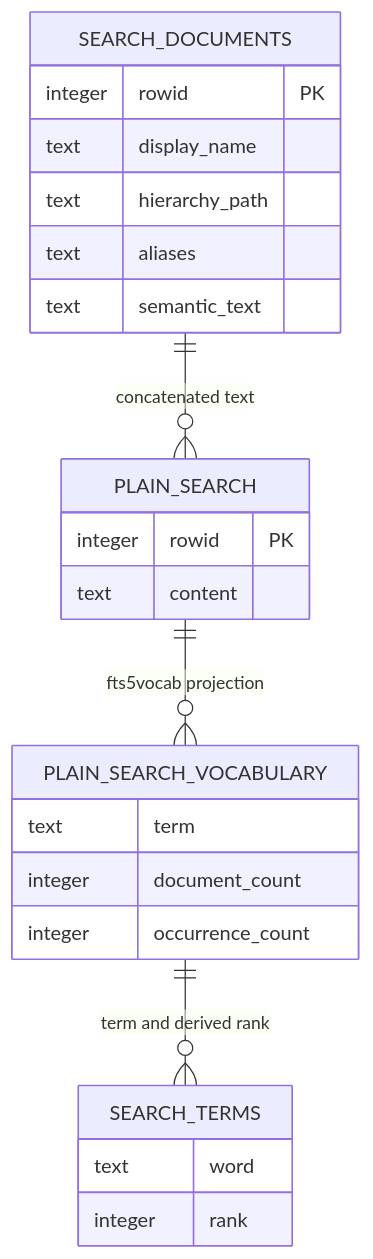
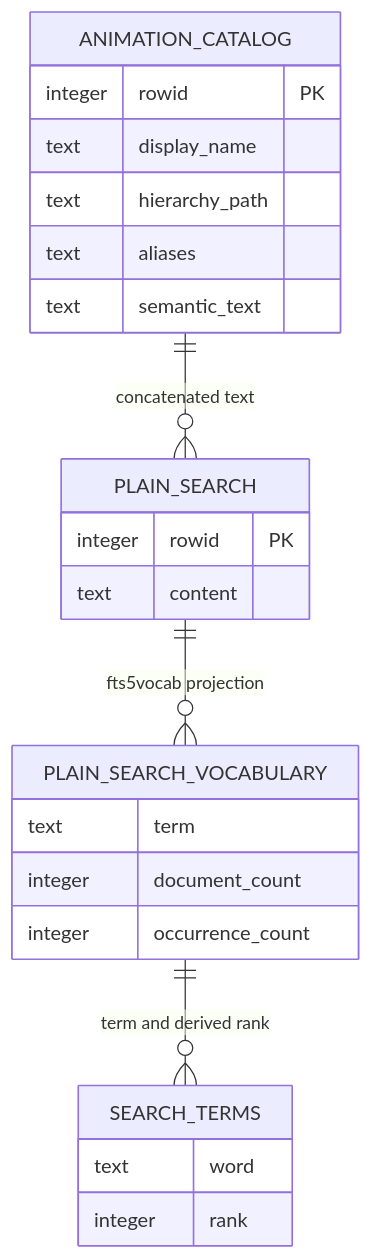
The third of 3 diagrams in docs/wiki/Guides/Sqlite3.md (derekshoneycutt/Euclid), drawn with Mermaid before and after one commit. The commit also changed other lines of this file and 181 other files, not shown here.

Commit message:
Add animation catalog in sqlite database. Clean up annoying if statements all over.

````diff
--- a/docs/wiki/Guides/Sqlite3.md
+++ b/docs/wiki/Guides/Sqlite3.md
@@ -217,30 +222,30 @@
 ```mermaid
 erDiagram
-    SEARCH_DOCUMENTS {
+    ANIMATION_CATALOG {
         integer rowid PK
         text display_name
         text hierarchy_path
         text aliases
         text semantic_text
     }
 
     PLAIN_SEARCH {
         integer rowid PK
         text content
     }
 
     PLAIN_SEARCH_VOCABULARY {
         text term
         integer document_count
         integer occurrence_count
     }
 
     SEARCH_TERMS {
         text word
         integer rank
     }
 
-    SEARCH_DOCUMENTS ||--o{ PLAIN_SEARCH : "concatenated text"
+    ANIMATION_CATALOG ||--o{ PLAIN_SEARCH : "concatenated text"
     PLAIN_SEARCH ||--o{ PLAIN_SEARCH_VOCABULARY : "fts5vocab projection"
     PLAIN_SEARCH_VOCABULARY ||--o{ SEARCH_TERMS : "term and derived rank"
 ```
````
